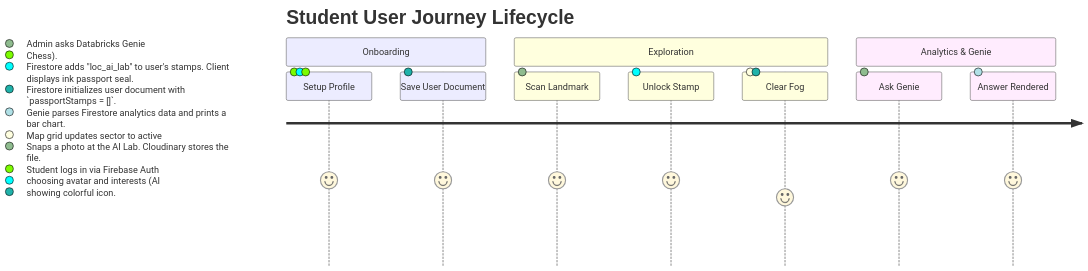
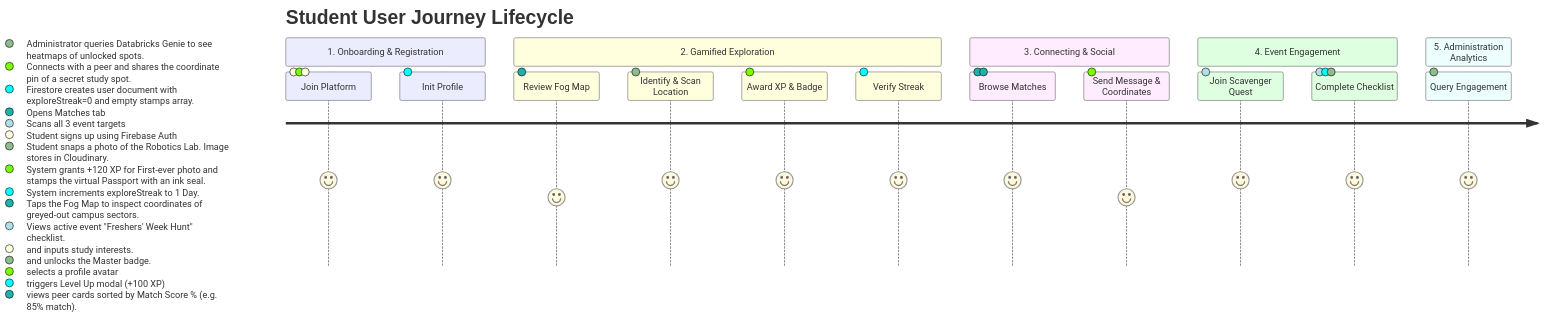
The second of 2 diagrams in PROJECT_ARCHITECTURE.md (Kritika-Panwar-151/campus-social-platform), drawn with Mermaid before and after one commit. The commit also changed other lines of this file, not shown here.

Commit message:
docs: Expanded PROJECT_ARCHITECTURE.md user journeys and feature details

````diff
--- a/PROJECT_ARCHITECTURE.md
+++ b/PROJECT_ARCHITECTURE.md
@@ -110,14 +148,20 @@
 ```mermaid
 journey
     title Student User Journey Lifecycle
-    section Onboarding
-      Setup Profile: 5: Student logs in via Firebase Auth, choosing avatar and interests (AI, Chess).
-      Save User Document: 5: Firestore initializes user document with `passportStamps = []`.
-    section Exploration
-      Scan Landmark: 5: Snaps a photo at the AI Lab. Cloudinary stores the file.
-      Unlock Stamp: 5: Firestore adds "loc_ai_lab" to user's stamps. Client displays ink passport seal.
-      Clear Fog: 4: Map grid updates sector to active, showing colorful icon.
-    section Analytics & Genie
-      Ask Genie: 5: Admin asks Databricks Genie: "What is the daily scan frequency?".
-      Answer Rendered: 5: Genie parses Firestore analytics data and prints a bar chart.
+    section 1. Onboarding & Registration
+      Join Platform: 5: Student signs up using Firebase Auth, selects a profile avatar, and inputs study interests.
+      Init Profile: 5: Firestore creates user document with exploreStreak=0 and empty stamps array.
+    section 2. Gamified Exploration
+      Review Fog Map: 4: Taps the Fog Map to inspect coordinates of greyed-out campus sectors.
+      Identify & Scan Location: 5: Student snaps a photo of the Robotics Lab. Image stores in Cloudinary.
+      Award XP & Badge: 5: System grants +120 XP for First-ever photo and stamps the virtual Passport with an ink seal.
+      Verify Streak: 5: System increments exploreStreak to 1 Day.
+    section 3. Connecting & Social
+      Browse Matches: 5: Opens Matches tab, views peer cards sorted by Match Score % (e.g. 85% match).
+      Send Message & Coordinates: 4: Connects with a peer and shares the coordinate pin of a secret study spot.
+    section 4. Event Engagement
+      Join Scavenger Quest: 5: Views active event "Freshers' Week Hunt" checklist.
+      Complete Checklist: 5: Scans all 3 event targets, triggers Level Up modal (+100 XP), and unlocks the Master badge.
+    section 5. Administration Analytics
+      Query Engagement: 5: Administrator queries Databricks Genie to see heatmaps of unlocked spots.
 ```
````
